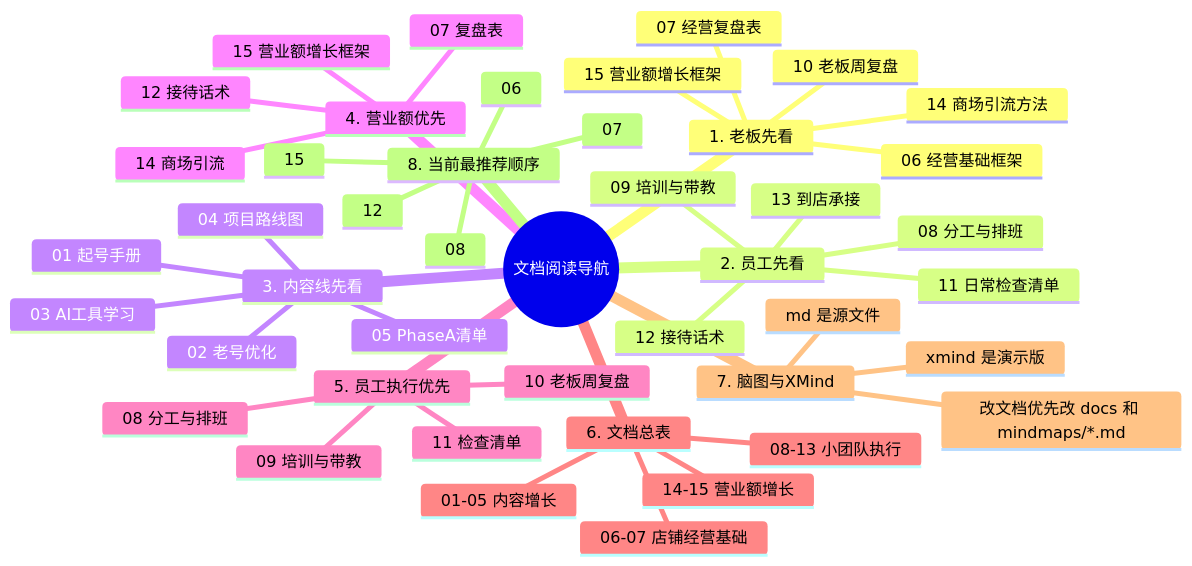
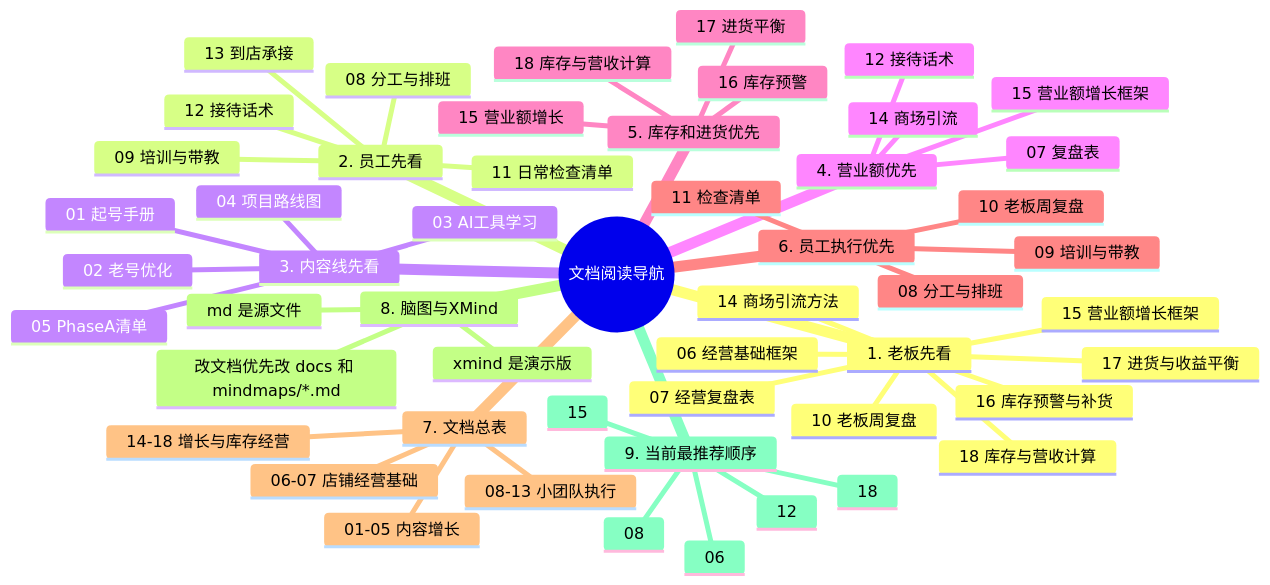
The diagram in mindmaps/00-文档阅读导航-mindmap.md (lizhihui0215/Black-Tonny), drawn with Mermaid before and after one commit. The commit also changed 29 other files, not shown here.

````diff
--- a/mindmaps/00-文档阅读导航-mindmap.md
+++ b/mindmaps/00-文档阅读导航-mindmap.md
@@ -3,47 +3,55 @@
 ```mermaid
 mindmap
   root((文档阅读导航))
     1. 老板先看
       06 经营基础框架
       15 营业额增长框架
+      18 库存与营收计算
+      16 库存预警与补货
+      17 进货与收益平衡
       14 商场引流方法
       07 经营复盘表
       10 老板周复盘
     2. 员工先看
       08 分工与排班
       09 培训与带教
       11 日常检查清单
       12 接待话术
       13 到店承接
     3. 内容线先看
       01 起号手册
       02 老号优化
       03 AI工具学习
       04 项目路线图
       05 PhaseA清单
     4. 营业额优先
       15 营业额增长框架
       14 商场引流
       12 接待话术
       07 复盘表
-    5. 员工执行优先
+    5. 库存和进货优先
+      18 库存与营收计算
+      16 库存预警
+      17 进货平衡
+      15 营业额增长
+    6. 员工执行优先
       08 分工与排班
       09 培训与带教
       11 检查清单
       10 老板周复盘
-    6. 文档总表
+    7. 文档总表
       01-05 内容增长
       06-07 店铺经营基础
       08-13 小团队执行
-      14-15 营业额增长
-    7. 脑图与XMind
+      14-18 增长与库存经营
+    8. 脑图与XMind
       md 是源文件
       xmind 是演示版
       改文档优先改 docs 和 mindmaps/*.md
-    8. 当前最推荐顺序
+    9. 当前最推荐顺序
       06
       15
+      18
       08
       12
-      07
 ```
````
